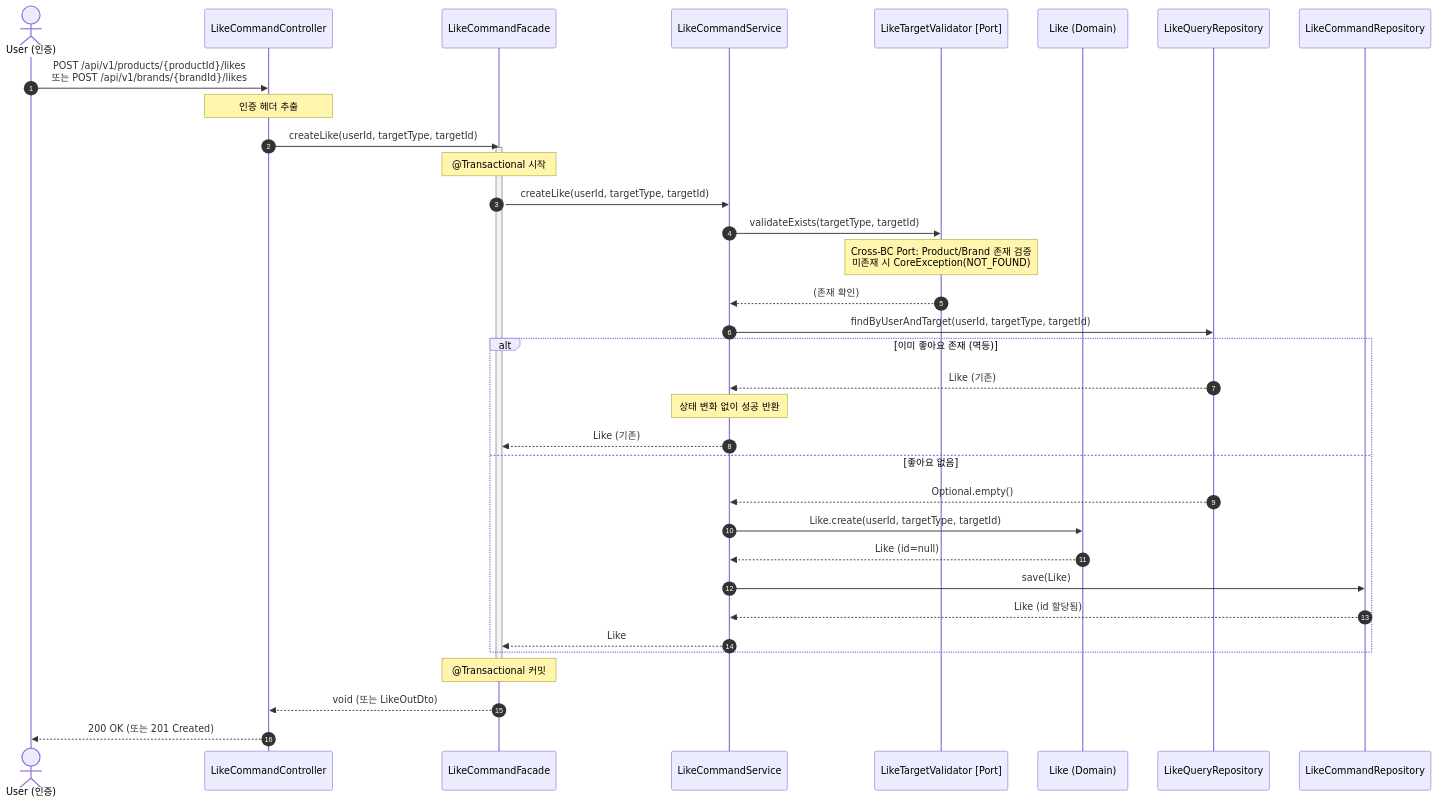
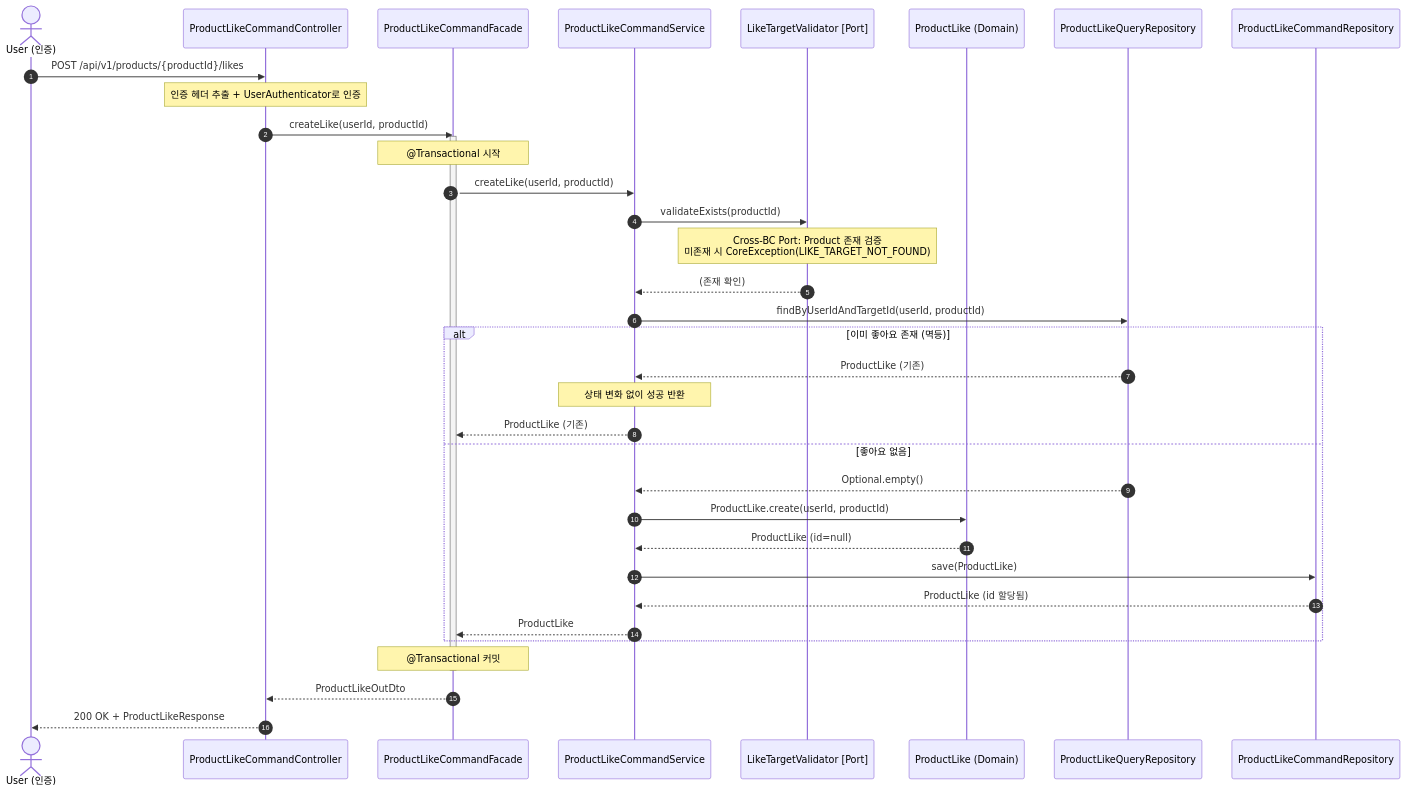
One commit to Hwan0518/loop-pack-be-l2-vol3-java changed diagram 14 of 30 in docs/design/02-sequence-diagrams.md. Above: the diagram before and after it, drawn with Mermaid. The commit also changed other lines of this file and 474 other files, not shown here.

````diff
--- a/docs/design/02-sequence-diagrams.md
+++ b/docs/design/02-sequence-diagrams.md
@@ -604,44 +753,44 @@
 ```mermaid
 sequenceDiagram
     autonumber
     actor User as User (인증)
-    participant Controller as LikeCommandController
-    participant Facade as LikeCommandFacade
-    participant Service as LikeCommandService
+    participant Controller as ProductLikeCommandController
+    participant Facade as ProductLikeCommandFacade
+    participant Service as ProductLikeCommandService
     participant TargetValidator as LikeTargetValidator [Port]
-    participant Like as Like (Domain)
-    participant QRepo as LikeQueryRepository
-    participant CRepo as LikeCommandRepository
+    participant Like as ProductLike (Domain)
+    participant QRepo as ProductLikeQueryRepository
+    participant CRepo as ProductLikeCommandRepository
 
-    User->>Controller: POST /api/v1/products/{productId}/likes<br/>또는 POST /api/v1/brands/{brandId}/likes
-    Note over Controller: 인증 헤더 추출
-    Controller->>Facade: createLike(userId, targetType, targetId)
+    User->>Controller: POST /api/v1/products/{productId}/likes
+    Note over Controller: 인증 헤더 추출 + UserAuthenticator로 인증
+    Controller->>Facade: createLike(userId, productId)
     activate Facade
     Note over Facade: @Transactional 시작
 
-    Facade->>Service: createLike(userId, targetType, targetId)
+    Facade->>Service: createLike(userId, productId)
 
-    Service->>TargetValidator: validateExists(targetType, targetId)
-    Note over TargetValidator: Cross-BC Port: Product/Brand 존재 검증<br/>미존재 시 CoreException(NOT_FOUND)
+    Service->>TargetValidator: validateExists(productId)
+    Note over TargetValidator: Cross-BC Port: Product 존재 검증<br/>미존재 시 CoreException(LIKE_TARGET_NOT_FOUND)
     TargetValidator-->>Service: (존재 확인)
 
-    Service->>QRepo: findByUserAndTarget(userId, targetType, targetId)
+    Service->>QRepo: findByUserIdAndTargetId(userId, productId)
 
     alt 이미 좋아요 존재 (멱등)
-        QRepo-->>Service: Like (기존)
+        QRepo-->>Service: ProductLike (기존)
         Note over Service: 상태 변화 없이 성공 반환
-        Service-->>Facade: Like (기존)
+        Service-->>Facade: ProductLike (기존)
     else 좋아요 없음
         QRepo-->>Service: Optional.empty()
-        Service->>Like: Like.create(userId, targetType, targetId)
-        Like-->>Service: Like (id=null)
-        Service->>CRepo: save(Like)
-        CRepo-->>Service: Like (id 할당됨)
-        Service-->>Facade: Like
+        Service->>Like: ProductLike.create(userId, productId)
+        Like-->>Service: ProductLike (id=null)
+        Service->>CRepo: save(ProductLike)
+        CRepo-->>Service: ProductLike (id 할당됨)
+        Service-->>Facade: ProductLike
     end
 
     Note over Facade: @Transactional 커밋
     deactivate Facade
-    Facade-->>Controller: void (또는 LikeOutDto)
-    Controller-->>User: 200 OK (또는 201 Created)
+    Facade-->>Controller: ProductLikeOutDto
+    Controller-->>User: 200 OK + ProductLikeResponse
 ```
````
